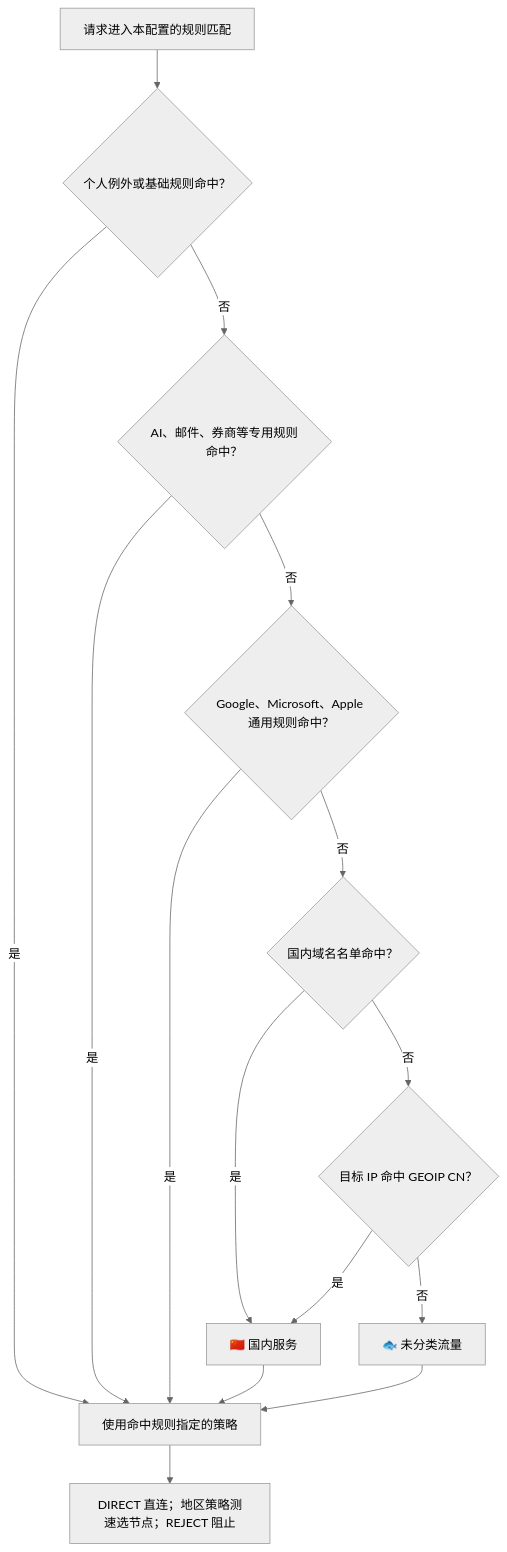
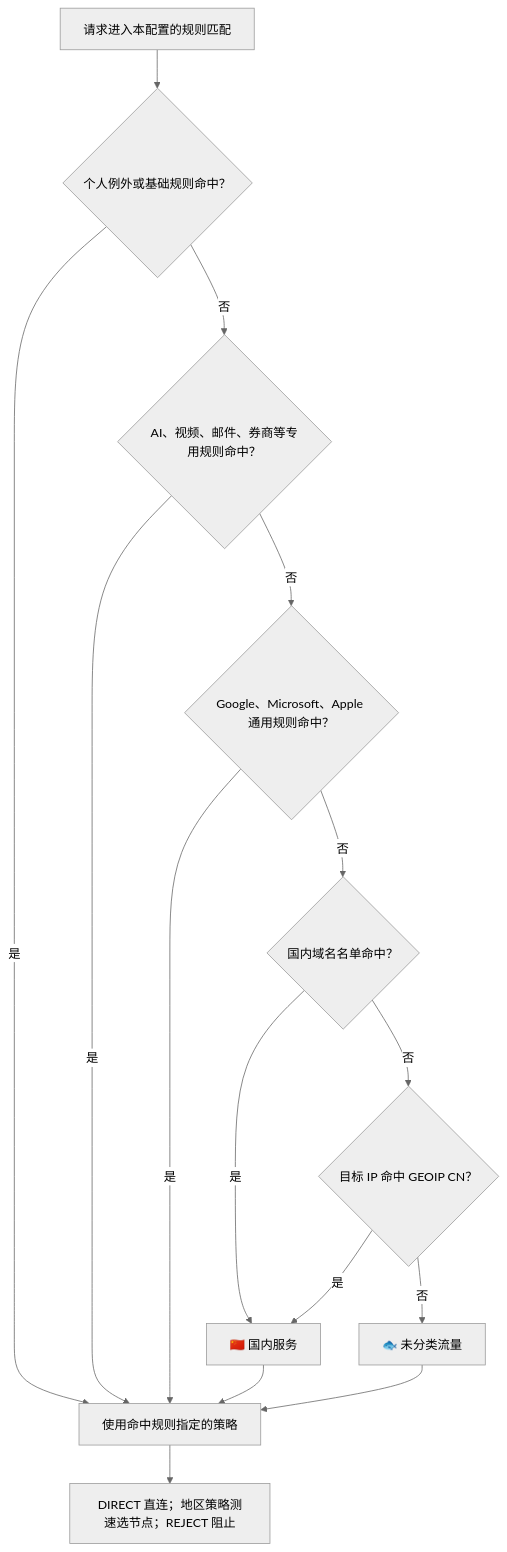
Before and after one commit to captainamari/ss-rules: the diagram in README.md, drawn with Mermaid (neutral theme). The commit also changed other lines of this file and 7 other files, not shown here.

````diff
--- a/README.md
+++ b/README.md
@@ -132,17 +137,17 @@
 ```mermaid
 flowchart TD
     A["请求进入本配置的规则匹配"] --> B{"个人例外或基础规则命中？"}
     B -->|是| P["使用命中规则指定的策略"]
-    B -->|否| C{"AI、邮件、券商等专用规则命中？"}
+    B -->|否| C{"AI、视频、邮件、券商等专用规则命中？"}
     C -->|是| P
     C -->|否| D{"Google、Microsoft、Apple 通用规则命中？"}
     D -->|是| P
     D -->|否| E{"国内域名名单命中？"}
     E -->|是| N["🇨🇳 国内服务"]
     E -->|否| F{"目标 IP 命中 GEOIP CN？"}
     F -->|是| N
     F -->|否| G["🐟 未分类流量"]
     N --> P
     G --> P
     P --> H["DIRECT 直连；地区策略测速选节点；REJECT 阻止"]
 ```
````
